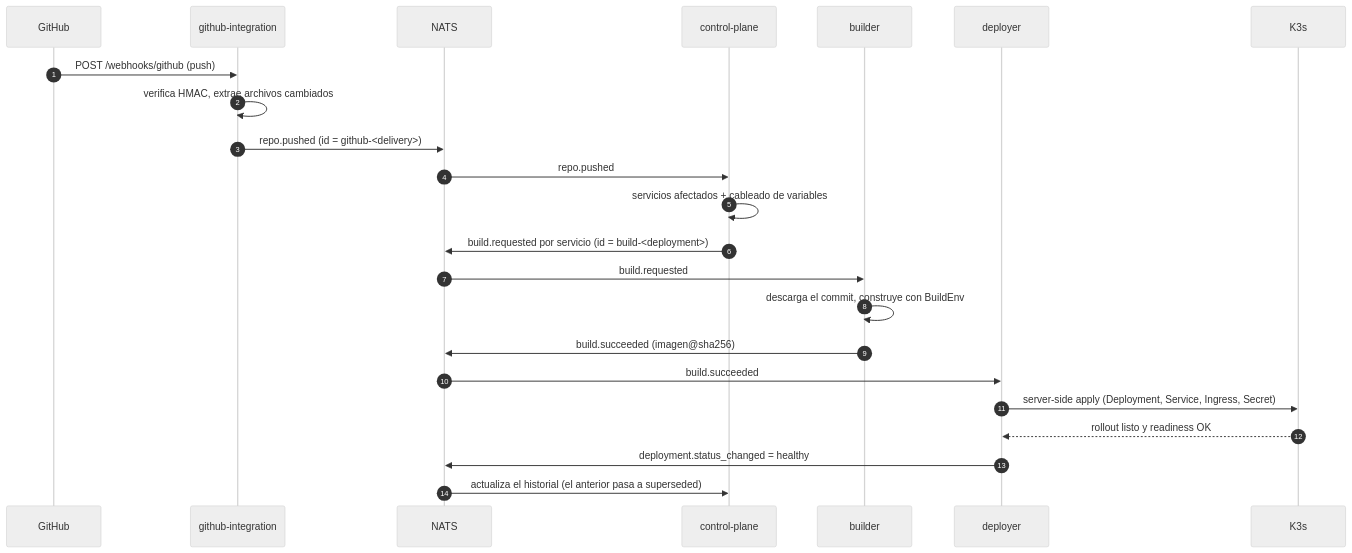
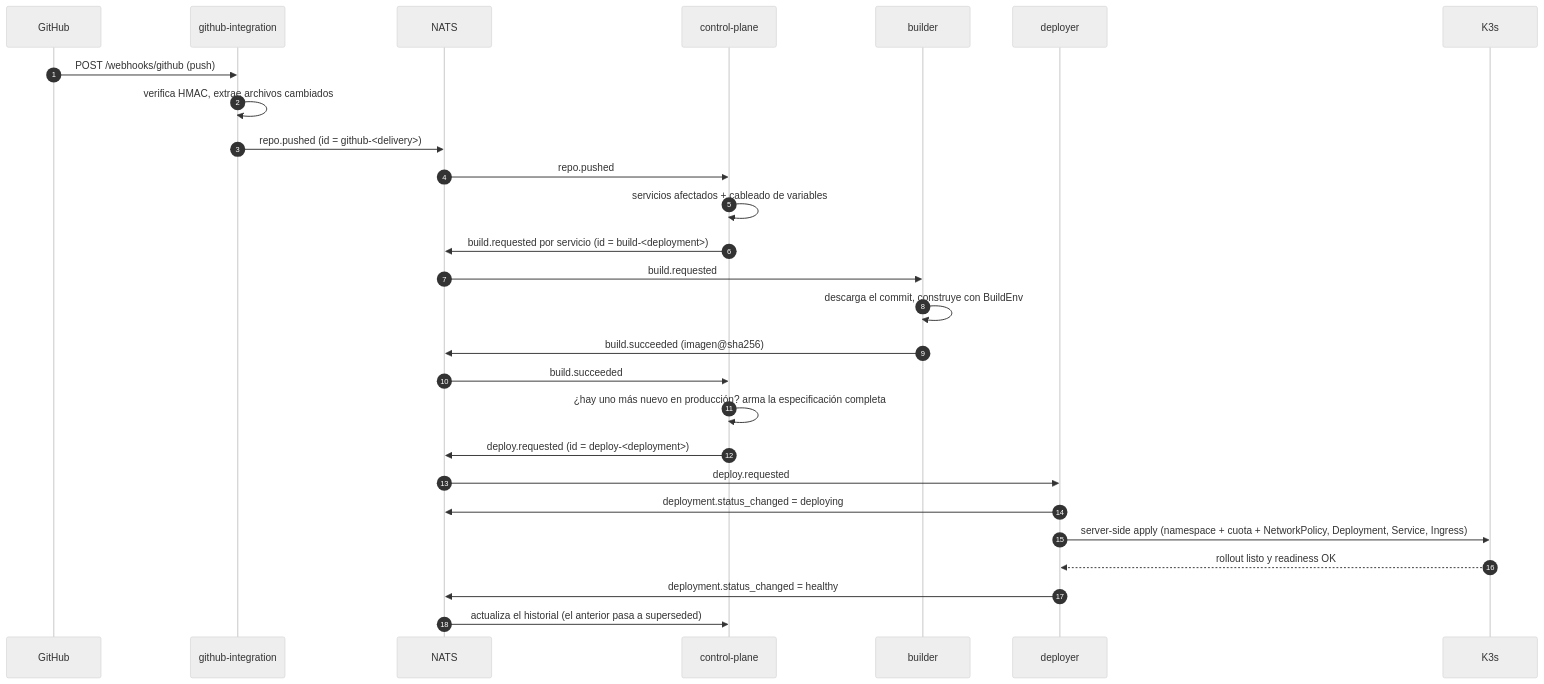
One commit to JoseEscajadillo/JAPpi changed the sixth of 6 diagrams in docs/c4/README.md. Above: the diagram before and after it, drawn with Mermaid (neutral theme). The commit also changed other lines of this file and 52 other files, not shown here.

````diff
--- a/docs/c4/README.md
+++ b/docs/c4/README.md
@@ -171,26 +207,30 @@
 ```mermaid
 sequenceDiagram
   autonumber
   participant GH as GitHub
   participant GI as github-integration
   participant N as NATS
   participant CP as control-plane
   participant B as builder
   participant D as deployer
   participant K as K3s
 
   GH->>GI: POST /webhooks/github (push)
   GI->>GI: verifica HMAC, extrae archivos cambiados
   GI->>N: repo.pushed (id = github-<delivery>)
   N->>CP: repo.pushed
   CP->>CP: servicios afectados + cableado de variables
   CP->>N: build.requested por servicio (id = build-<deployment>)
   N->>B: build.requested
   B->>B: descarga el commit, construye con BuildEnv
   B->>N: build.succeeded (imagen@sha256)
-  N->>D: build.succeeded
-  D->>K: server-side apply (Deployment, Service, Ingress, Secret)
+  N->>CP: build.succeeded
+  CP->>CP: ¿hay uno más nuevo en producción? arma la especificación completa
+  CP->>N: deploy.requested (id = deploy-<deployment>)
+  N->>D: deploy.requested
+  D->>N: deployment.status_changed = deploying
+  D->>K: server-side apply (namespace + cuota + NetworkPolicy, Deployment, Service, Ingress)
   K-->>D: rollout listo y readiness OK
   D->>N: deployment.status_changed = healthy
   N->>CP: actualiza el historial (el anterior pasa a superseded)
 ```
````
